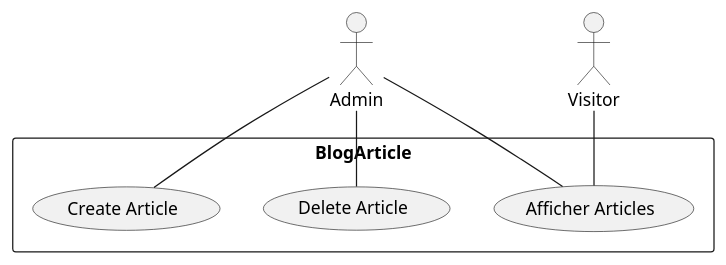
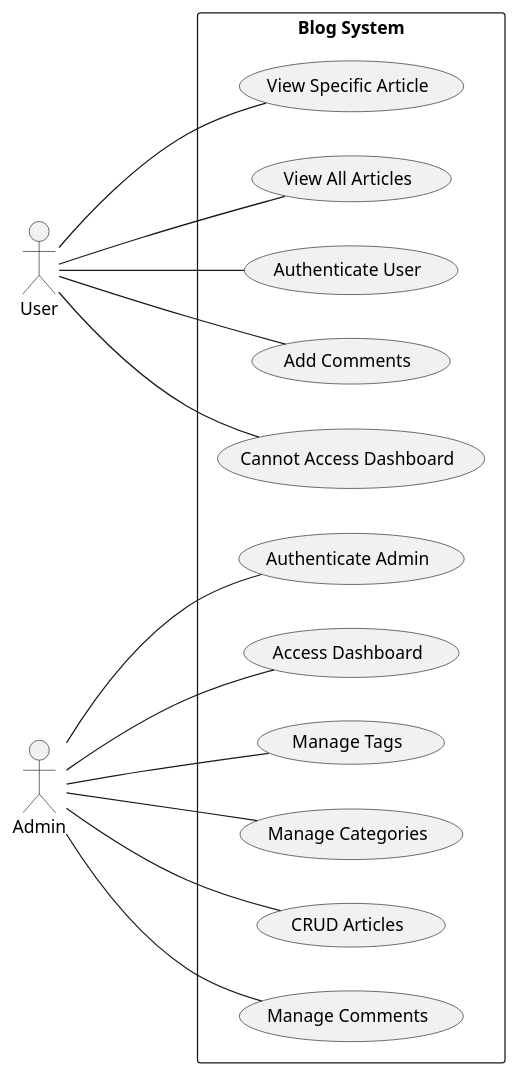
The diagram in Analyse/Analyse.puml (samir20-23/Blog-Projet), drawn with PlantUML before and after one commit.

Commit message:
Edite Analyse

```diff
--- a/Analyse/Analyse.puml
+++ b/Analyse/Analyse.puml
@@ -1,11 +1,33 @@
 @startuml
+left to right direction
+
+actor User
 actor Admin
-actor Visitor
 
-rectangle BlogArticle {
-    Admin -- (Delete Article)
-    Admin -- (Create Article)
-    Admin -- (Afficher Articles)
-    Visitor -- (Afficher Articles)
+rectangle "Blog System" {
+    (View Specific Article) as UC1
+    (View All Articles) as UC2
+    (Authenticate User) as UC3
+    (Add Comments) as UC4
+    (Cannot Access Dashboard) as UC5
+    (Authenticate Admin) as UC6
+    (Access Dashboard) as UC7
+    (Manage Tags) as UC8
+    (Manage Categories) as UC9
+    (CRUD Articles) as UC10
+    (Manage Comments) as UC11
+
+    User --- UC1
+    User --- UC2
+    User --- UC3
+    User --- UC4
+    User --- UC5
+
+    Admin --- UC6
+    Admin --- UC7
+    Admin --- UC8
+    Admin --- UC9
+    Admin --- UC10
+    Admin --- UC11
 }
 @enduml
```
